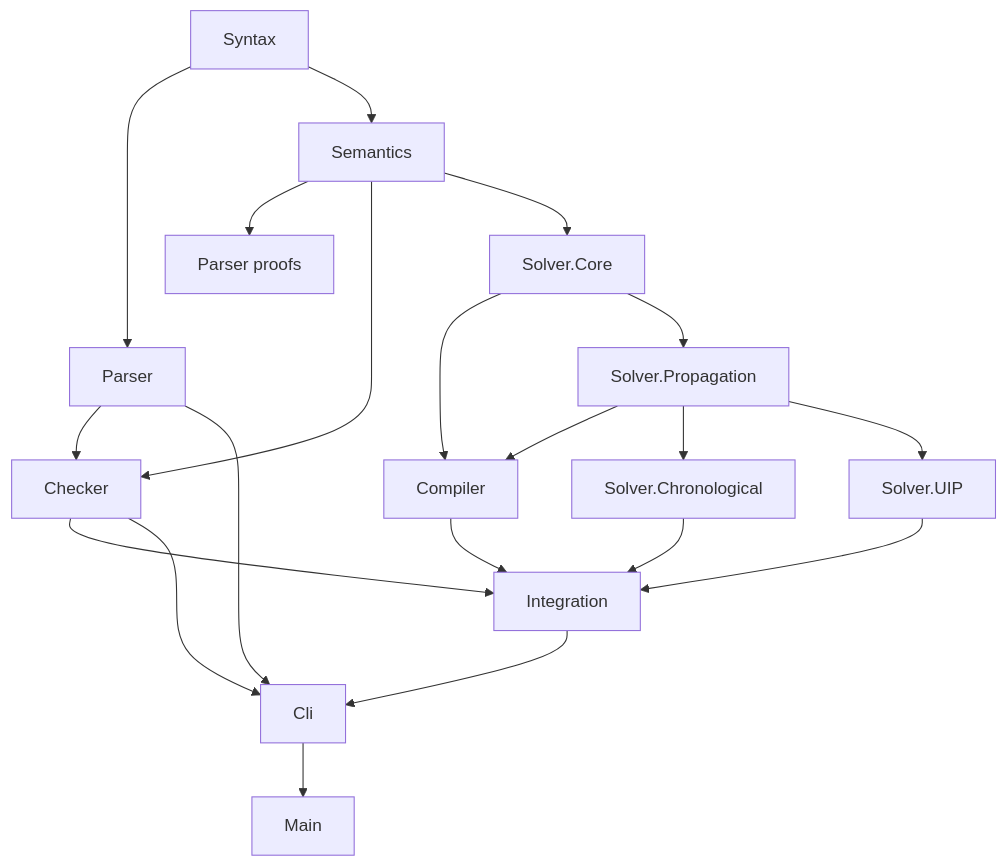
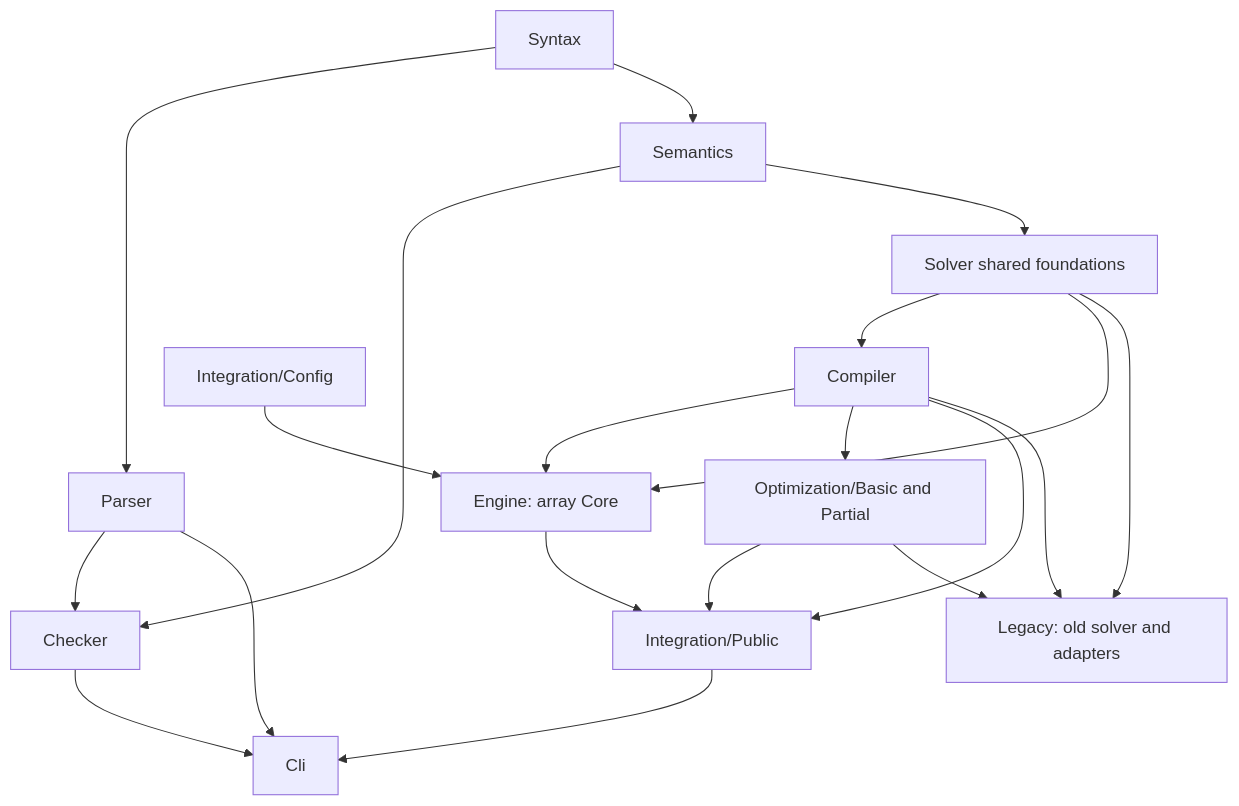
Before and after one commit to jacopoMauro/fzn2lean: the diagram in code-structure.md, drawn with Mermaid. The commit also changed other lines of this file and 751 other files, not shown here.

Commit message:
Isolate legacy solver and make public solving Core-only

````diff
--- a/code-structure.md
+++ b/code-structure.md
@@ -14,22 +9,22 @@
 ```mermaid
 flowchart TD
- Syntax --> Parser
- Syntax --> Semantics
- Semantics --> ParserProofs[Parser proofs]
- Parser --> Checker
- Semantics --> Checker
- Semantics --> Core[Solver.Core]
- Core --> Compiler
- Core --> Propagation[Solver.Propagation]
- Propagation --> Compiler
- Propagation --> Chronological[Solver.Chronological]
- Propagation --> UIP[Solver.UIP]
- Compiler --> Integration
- Chronological --> Integration
- UIP --> Integration
- Checker --> Integration
- Parser --> Cli
- Checker --> Cli
- Integration --> Cli
- Cli --> Main
+  Syntax --> Parser
+  Syntax --> Semantics
+  Semantics --> Checker
+  Parser --> Checker
+  Semantics --> Shared[Solver shared foundations]
+  Shared --> Compiler
+  Shared --> Engine[Engine: array Core]
+  Compiler --> Engine
+  Config[Integration/Config] --> Engine
+  Compiler --> Generic[Optimization/Basic and Partial]
+  Engine --> Public[Integration/Public]
+  Generic --> Public
+  Compiler --> Public
+  Public --> Cli
+  Parser --> Cli
+  Checker --> Cli
+  Shared --> Legacy[Legacy: old solver and adapters]
+  Compiler --> Legacy
+  Generic --> Legacy
 ```
````
